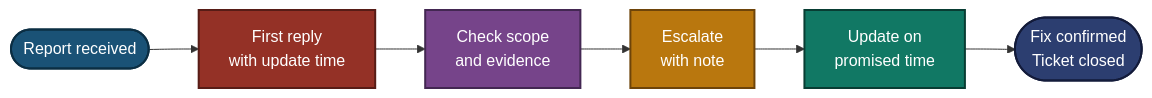
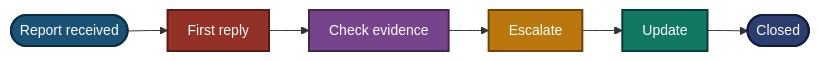
One commit to malaika-azhar/Customer-Tech-Support-Portfolio changed the first of 3 diagrams in 05-Escalation-scripts/README.md. Above: the diagram before and after it, drawn with Mermaid. The commit also changed other lines of this file, not shown here.

````diff
--- a/05-Escalation-scripts/README.md
+++ b/05-Escalation-scripts/README.md
@@ -87,16 +87,17 @@
 ```mermaid
+%%{init: {"flowchart": {"nodeSpacing": 30, "rankSpacing": 40, "padding": 10}, "themeVariables": {"fontSize": "14px"}}}%%
 flowchart LR
-    A(["Report received"]) --> B["First reply<br>with update time"] --> C["Check scope<br>and evidence"] --> D["Escalate<br>with note"] --> E["Update on<br>promised time"] --> F(["Fix confirmed<br>Ticket closed"])
+    A(["Report received"]) --> B["First reply"] --> C["Check evidence"] --> D["Escalate"] --> E["Update"] --> F(["Closed"])
     classDef blue fill:#1A5276,stroke:#0B2E43,stroke-width:2px,color:#FFFFFF;
     classDef red fill:#943126,stroke:#571C16,stroke-width:2px,color:#FFFFFF;
     classDef purple fill:#76448A,stroke:#432752,stroke-width:2px,color:#FFFFFF;
     classDef orange fill:#B9770E,stroke:#6E4409,stroke-width:2px,color:#FFFFFF;
     classDef green fill:#117864,stroke:#083D33,stroke-width:2px,color:#FFFFFF;
     classDef navy fill:#2C3E70,stroke:#131B3A,stroke-width:2px,color:#FFFFFF;
     class A blue;
     class B red;
     class C purple;
     class D orange;
     class E green;
     class F navy;
 ```
````
